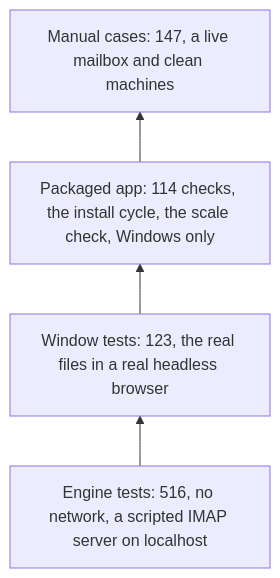
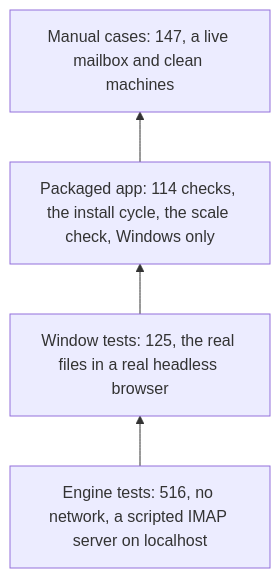
The first of 2 diagrams in docs/testing/strategy.md (SarangVehale/email-todolist), drawn with Mermaid before and after one commit. The commit also changed other lines of this file and 13 other files, not shown here.

````diff
--- a/docs/testing/strategy.md
+++ b/docs/testing/strategy.md
@@ -24,6 +24,6 @@
 ```mermaid
 flowchart BT
-    E["Engine tests: 516, no network, a scripted IMAP server on localhost"] --> W["Window tests: 123, the real files in a real headless browser"]
+    E["Engine tests: 516, no network, a scripted IMAP server on localhost"] --> W["Window tests: 125, the real files in a real headless browser"]
     W --> P["Packaged app: 114 checks, the install cycle, the scale check, Windows only"]
     P --> M["Manual cases: 147, a live mailbox and clean machines"]
 ```
````
